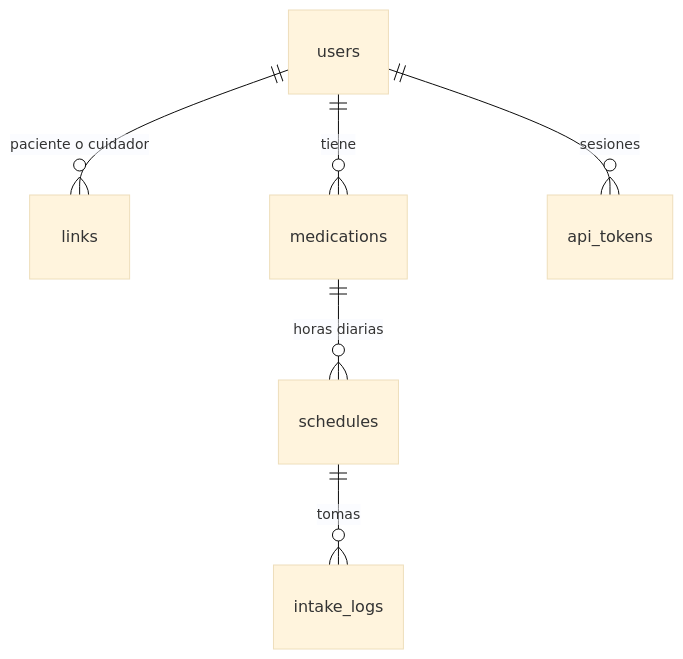
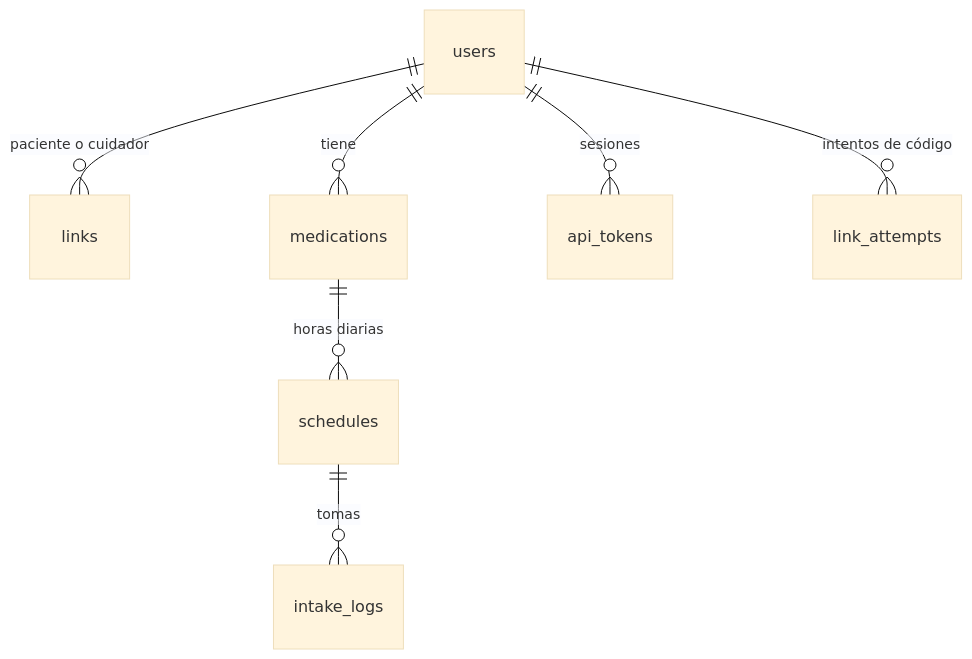
One commit to AlfonsoRE/CuidaDosis changed the second of 2 diagrams in README.md. Above: the diagram before and after it, drawn with Mermaid (base theme). The commit also changed other lines of this file and 2 other files, not shown here.

````diff
--- a/README.md
+++ b/README.md
@@ -115,8 +122,9 @@
 ```mermaid
 erDiagram
     users ||--o{ links : "paciente o cuidador"
     users ||--o{ medications : "tiene"
     medications ||--o{ schedules : "horas diarias"
     schedules ||--o{ intake_logs : "tomas"
     users ||--o{ api_tokens : "sesiones"
+    users ||--o{ link_attempts : "intentos de código"
 ```
````
